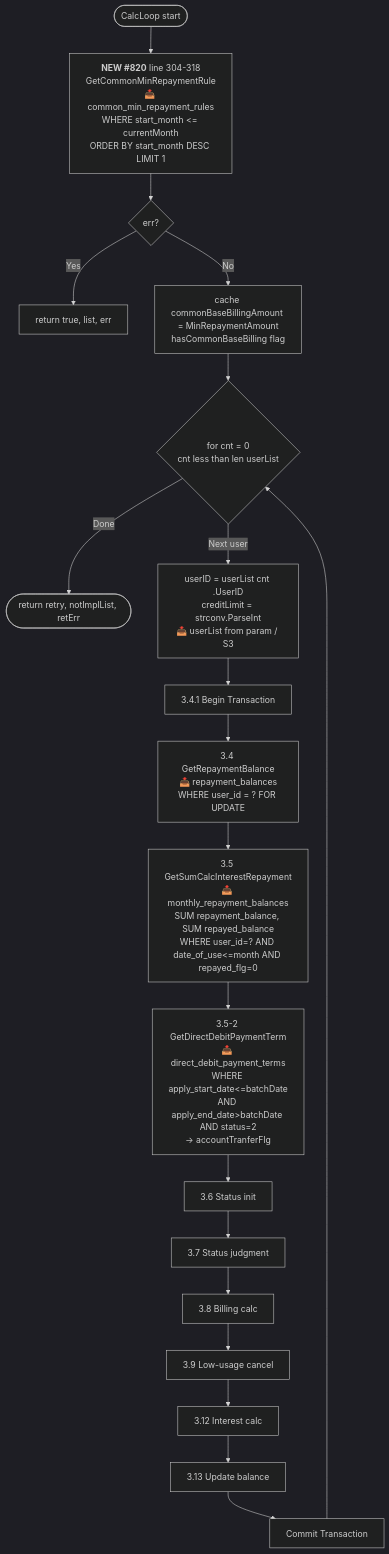
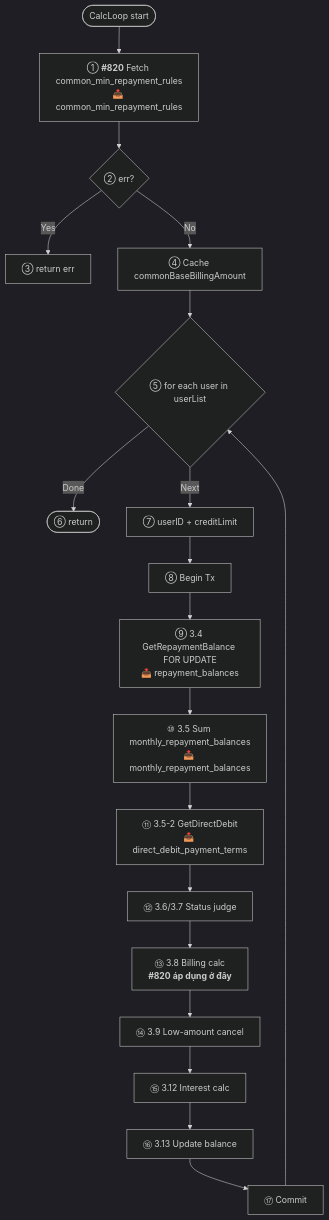
One commit to tungvv318/git-talk changed the third of 8 diagrams in README.md. Above: the diagram before and after it, drawn with Mermaid (dark theme). The commit also changed other lines of this file, not shown here.

````diff
--- a/README.md
+++ b/README.md
@@ -45,22 +69,21 @@
 ```mermaid
 flowchart TD
-    Start([CalcLoop start]) --> CommonRule[<b>NEW #820</b> line 304-318<br/>GetCommonMinRepaymentRule<br/>📥 common_min_repayment_rules<br/>WHERE start_month <= currentMonth<br/>ORDER BY start_month DESC LIMIT 1]
-    CommonRule --> CR_Err{err?}
-    CR_Err -- Yes --> Return1[return true, list, err]
-    CR_Err -- No --> CR_Cache[cache commonBaseBillingAmount = MinRepaymentAmount<br/>hasCommonBaseBilling flag]
-    CR_Cache --> Loop{for cnt = 0<br/>cnt less than len userList}
-    Loop -- Done --> EndOK([return retry, notImplList, retErr])
-    Loop -- Next user --> User[userID = userList cnt .UserID<br/>creditLimit = strconv.ParseInt<br/>📥 userList from param / S3]
-    User --> BeginTx[3.4.1 Begin Transaction]
-    BeginTx --> Step34[3.4 GetRepaymentBalance<br/>📥 repayment_balances<br/>WHERE user_id = ? FOR UPDATE]
-    Step34 --> Step35[3.5 GetSumCalcInterestRepayment<br/>📥 monthly_repayment_balances<br/>SUM repayment_balance, SUM repayed_balance<br/>WHERE user_id=? AND date_of_use<=month AND repayed_flg=0]
-    Step35 --> Step352[3.5-2 GetDirectDebitPaymentTerm<br/>📥 direct_debit_payment_terms<br/>WHERE apply_start_date<=batchDate<br/>AND apply_end_date>batchDate AND status=2<br/>→ accountTranferFlg]
-    Step352 --> Step36[3.6 Status init]
-    Step36 --> Step37[3.7 Status judgment]
-    Step37 --> Step38[3.8 Billing calc]
-    Step38 --> Step39[3.9 Low-usage cancel]
-    Step39 --> Step312[3.12 Interest calc]
-    Step312 --> Step313[3.13 Update balance]
-    Step313 --> Commit[Commit Transaction]
+    Start([CalcLoop start]) --> CR[① <b>#820</b> Fetch common_min_repayment_rules<br/>📥 common_min_repayment_rules]
+    CR --> CRE{② err?}
+    CRE -- Yes --> Return1[③ return err]
+    CRE -- No --> CRC[④ Cache commonBaseBillingAmount]
+    CRC --> Loop{⑤ for each user in userList}
+    Loop -- Done --> EndOK([⑥ return])
+    Loop -- Next --> U[⑦ userID + creditLimit]
+    U --> BTX[⑧ Begin Tx]
+    BTX --> S34[⑨ 3.4 GetRepaymentBalance FOR UPDATE<br/>📥 repayment_balances]
+    S34 --> S35[⑩ 3.5 Sum monthly_repayment_balances<br/>📥 monthly_repayment_balances]
+    S35 --> S352[⑪ 3.5-2 GetDirectDebit<br/>📥 direct_debit_payment_terms]
+    S352 --> S36_37[⑫ 3.6/3.7 Status judge]
+    S36_37 --> S38[⑬ 3.8 Billing calc<br/><b>#820 áp dụng ở đây</b>]
+    S38 --> S39[⑭ 3.9 Low-amount cancel]
+    S39 --> S312[⑮ 3.12 Interest calc]
+    S312 --> S313[⑯ 3.13 Update balance]
+    S313 --> Commit[⑰ Commit]
     Commit --> Loop
 ```
````
